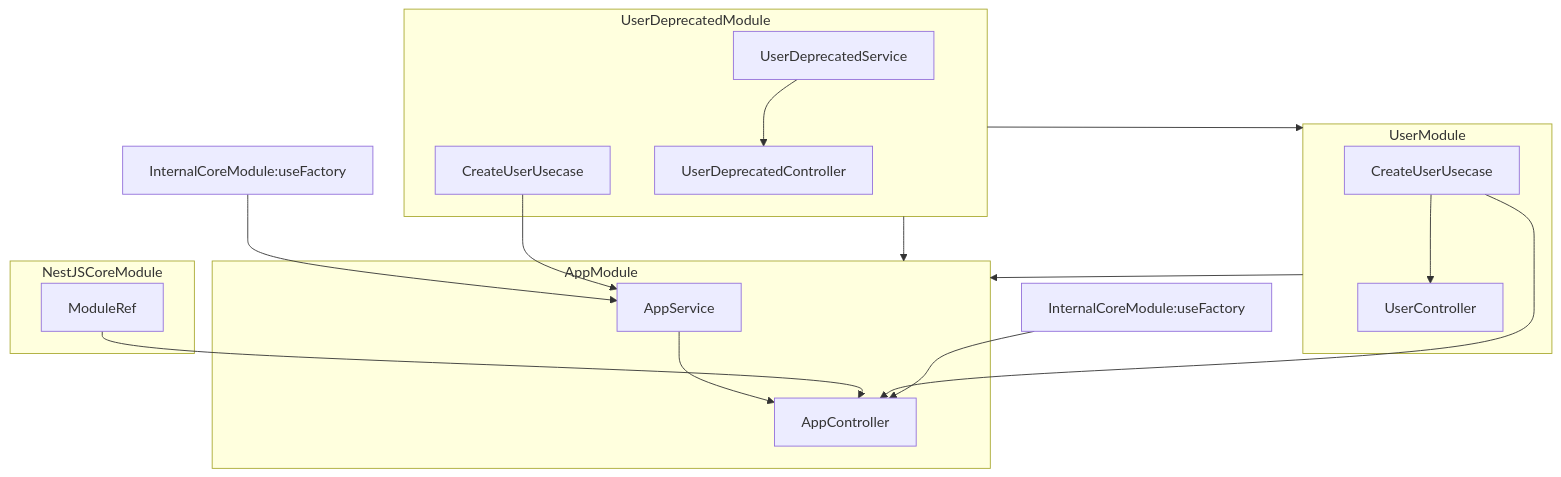
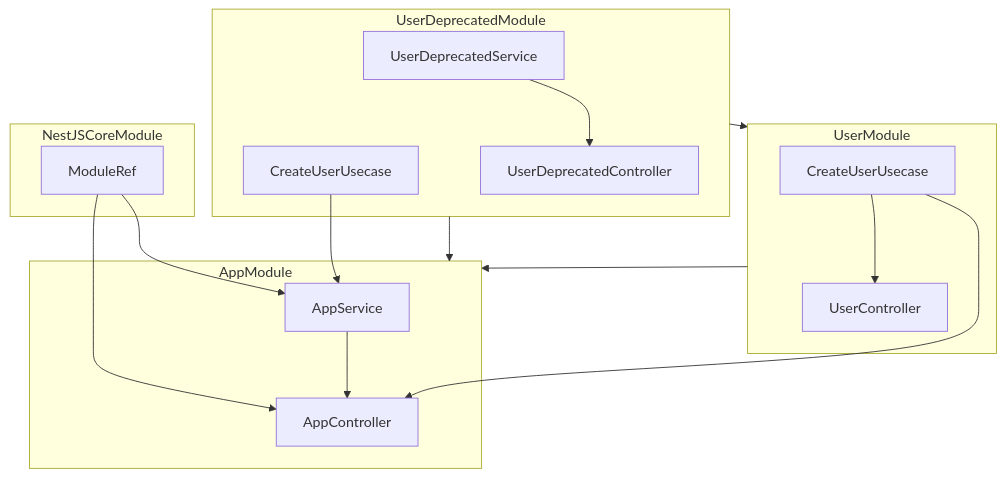
One commit to albasyir/nest-graph-inspector changed the diagram in src/graph-output.md. Above: the diagram before and after it, drawn with Mermaid. The commit also changed other lines of this file and 7 other files, not shown here.

````diff
--- a/src/graph-output.md
+++ b/src/graph-output.md
@@ -5,33 +5,30 @@
 ```mermaid
 graph TD
 
   subgraph module_group_AppModule["AppModule"]
     provider_AppModule_AppService["AppService"]
     controller_AppModule_AppController["AppController"]
   end
   subgraph module_group_UserModule["UserModule"]
     provider_UserModule_CreateUserUsecase["CreateUserUsecase"]
     controller_UserModule_UserController["UserController"]
   end
   subgraph module_group_UserDeprecatedModule["UserDeprecatedModule"]
     provider_UserDeprecatedModule_UserDeprecatedService["UserDeprecatedService"]
     provider_UserDeprecatedModule_CreateUserUsecase["CreateUserUsecase"]
     controller_UserDeprecatedModule_UserDeprecatedController["UserDeprecatedController"]
   end
   subgraph module_group_NestJSCoreModule["NestJSCoreModule"]
     provider_NestJSCoreModule_ModuleRef["ModuleRef"]
   end
   module_group_UserModule --> module_group_AppModule
   module_group_UserDeprecatedModule --> module_group_AppModule
-  dependency_AppModule_AppService_InternalCoreModule_useFactory["InternalCoreModule:useFactory"]
-  dependency_AppModule_AppService_InternalCoreModule_useFactory --> provider_AppModule_AppService
+  provider_NestJSCoreModule_ModuleRef --> provider_AppModule_AppService
   provider_UserDeprecatedModule_CreateUserUsecase --> provider_AppModule_AppService
   provider_AppModule_AppService --> controller_AppModule_AppController
   provider_NestJSCoreModule_ModuleRef --> controller_AppModule_AppController
   provider_UserModule_CreateUserUsecase --> controller_AppModule_AppController
-  dependency_AppModule_AppController_InternalCoreModule_useFactory["InternalCoreModule:useFactory"]
-  dependency_AppModule_AppController_InternalCoreModule_useFactory --> controller_AppModule_AppController
   module_group_UserDeprecatedModule --> module_group_UserModule
   provider_UserModule_CreateUserUsecase --> controller_UserModule_UserController
   provider_UserDeprecatedModule_UserDeprecatedService --> controller_UserDeprecatedModule_UserDeprecatedController
 ```
````
